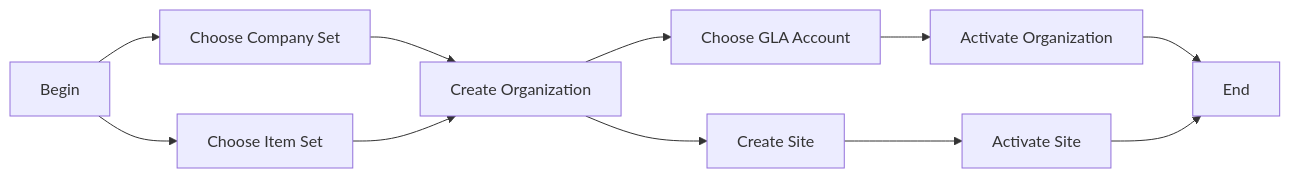
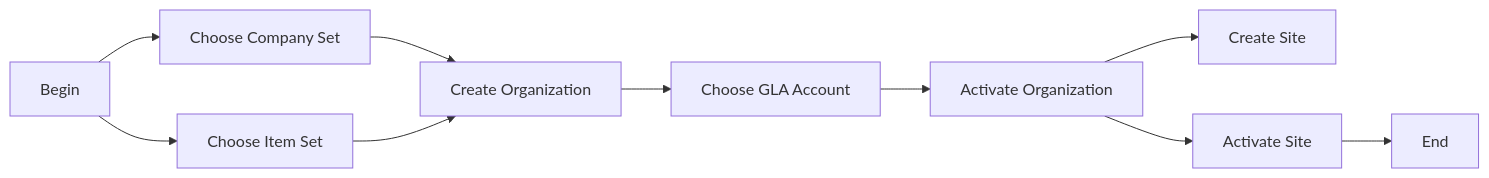
One commit to codersyacht/maximo-knowledge-center changed the diagram in maximo/administration/organizations/01-organization-definition.md. Above: the diagram before and after it, drawn with Mermaid.

Commit message:
01-organization-definition.md

````diff
--- a/maximo/administration/organizations/01-organization-definition.md
+++ b/maximo/administration/organizations/01-organization-definition.md
@@ -15,13 +15,12 @@
 ```mermaid
 graph LR
 A[Begin]-->B[Choose Company Set]
 A[Begin]-->C[Choose Item Set]
 B-->D[Create Organization]
 C-->D
-D-->E[Create Site]
-D-->F[Choose GLA Account]
-F-->G[Activate Organization]
-E-->H[Activate Site]
-G--> I[End]
+D-->E[Choose GLA Account]
+E-->F[Activate Organization]
+F --> G[Create Site]
+F --> H[Activate Site]
 H--> I[End]
 ```
````
